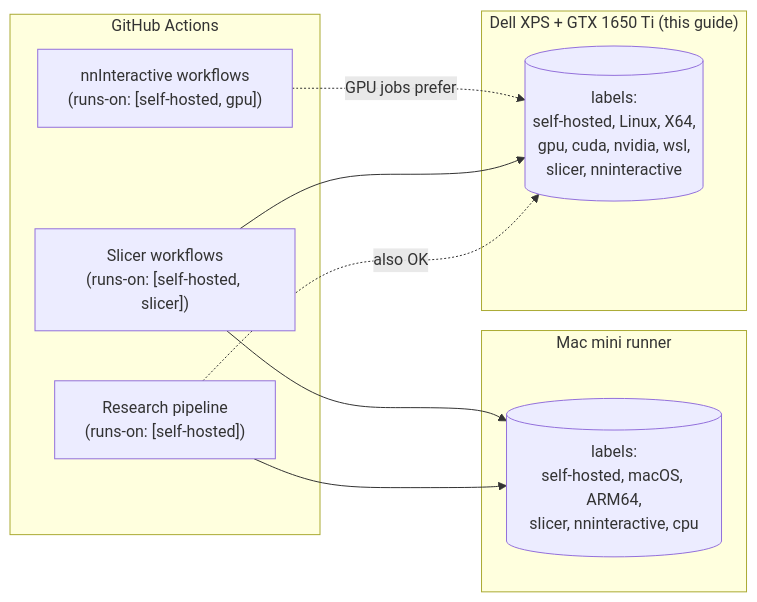
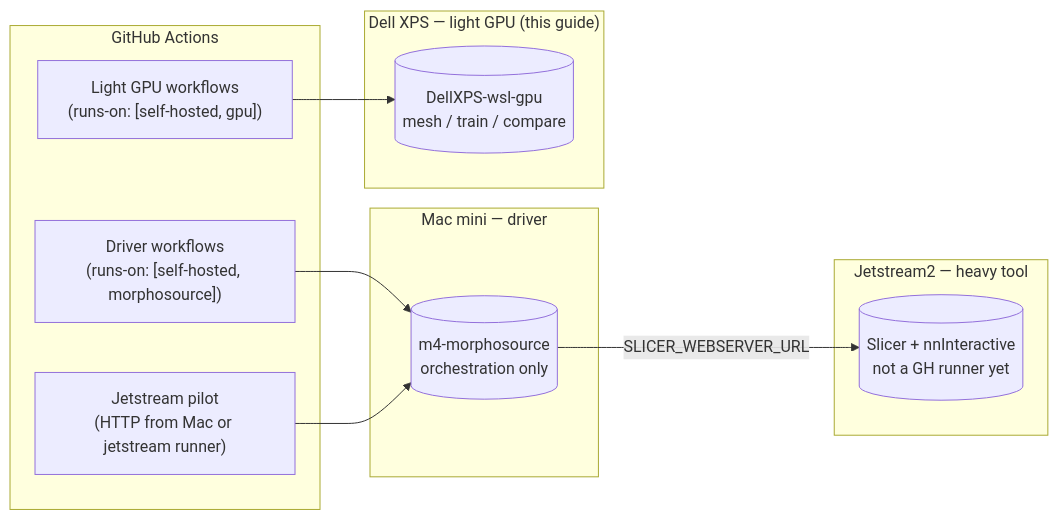
Before and after one commit to johntrue15/Metadata-to-Morphsource-compare: the diagram in docs/self-hosted-gpu-runner.md, drawn with Mermaid. The commit also changed other lines of this file and 58 other files, not shown here.

````diff
--- a/docs/self-hosted-gpu-runner.md
+++ b/docs/self-hosted-gpu-runner.md
@@ -21,22 +27,25 @@
 ```mermaid
 flowchart LR
     subgraph GH["GitHub Actions"]
-        WF1["nnInteractive workflows<br/>(runs-on: [self-hosted, gpu])"]
-        WF2["Slicer workflows<br/>(runs-on: [self-hosted, slicer])"]
-        WF3["Research pipeline<br/>(runs-on: [self-hosted])"]
+        WF1["Light GPU workflows<br/>(runs-on: [self-hosted, gpu])"]
+        WF2["Driver workflows<br/>(runs-on: [self-hosted, morphosource])"]
+        WF3["Jetstream pilot<br/>(HTTP from Mac or jetstream runner)"]
     end
 
-    subgraph Mac["Mac mini runner"]
-        MAC[("labels:<br/>self-hosted, macOS, ARM64,<br/>slicer, nninteractive, cpu")]
+    subgraph Mac["Mac mini — driver"]
+        MAC[("m4-morphosource<br/>orchestration only")]
     end
 
-    subgraph Dell["Dell XPS + GTX 1650 Ti (this guide)"]
-        WSL[("labels:<br/>self-hosted, Linux, X64,<br/>gpu, cuda, nvidia, wsl,<br/>slicer, nninteractive")]
+    subgraph Dell["Dell XPS — light GPU (this guide)"]
+        WSL[("DellXPS-wsl-gpu<br/>mesh / train / compare")]
     end
 
-    WF1 -.GPU jobs prefer.-> WSL
-    WF2 --> WSL
+    subgraph JS["Jetstream2 — heavy tool"]
+        JET[("Slicer + nnInteractive<br/>not a GH runner yet")]
+    end
+
+    WF1 --> WSL
     WF2 --> MAC
     WF3 --> MAC
-    WF3 -.also OK.-> WSL
+    MAC -->|SLICER_WEBSERVER_URL| JET
 ```
````
